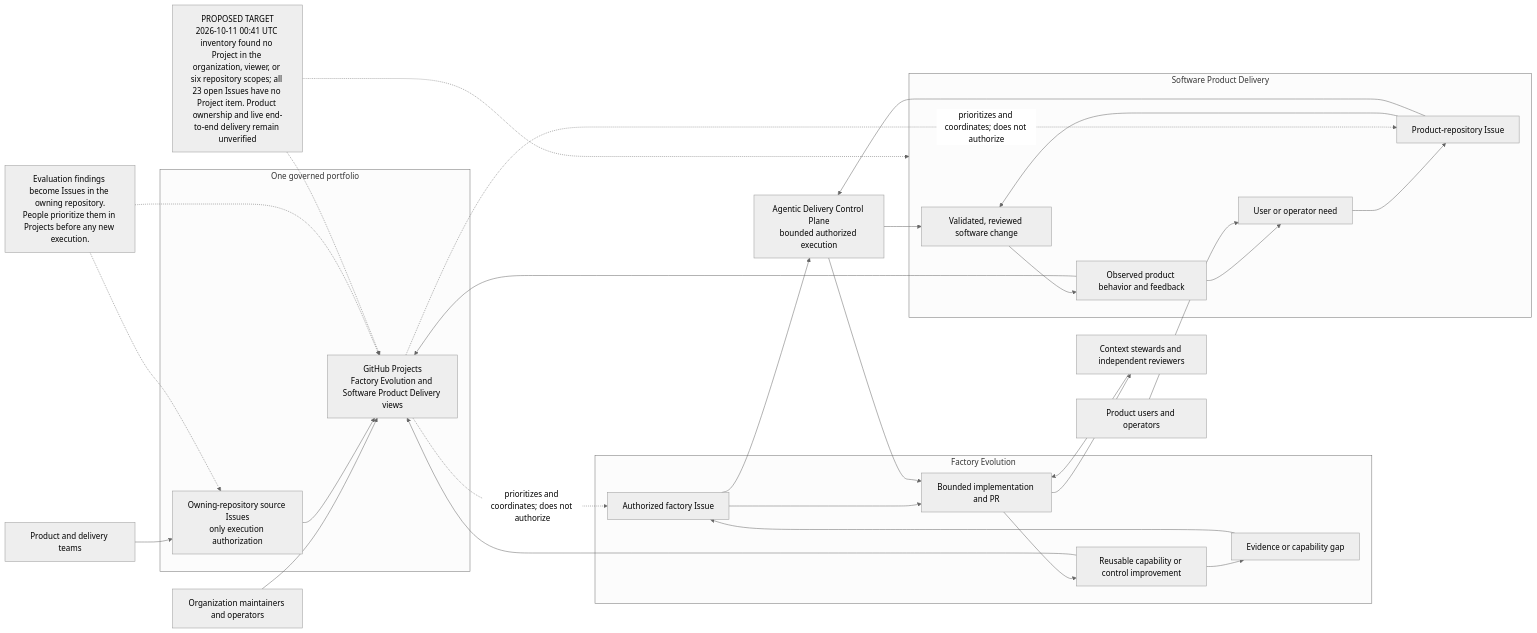
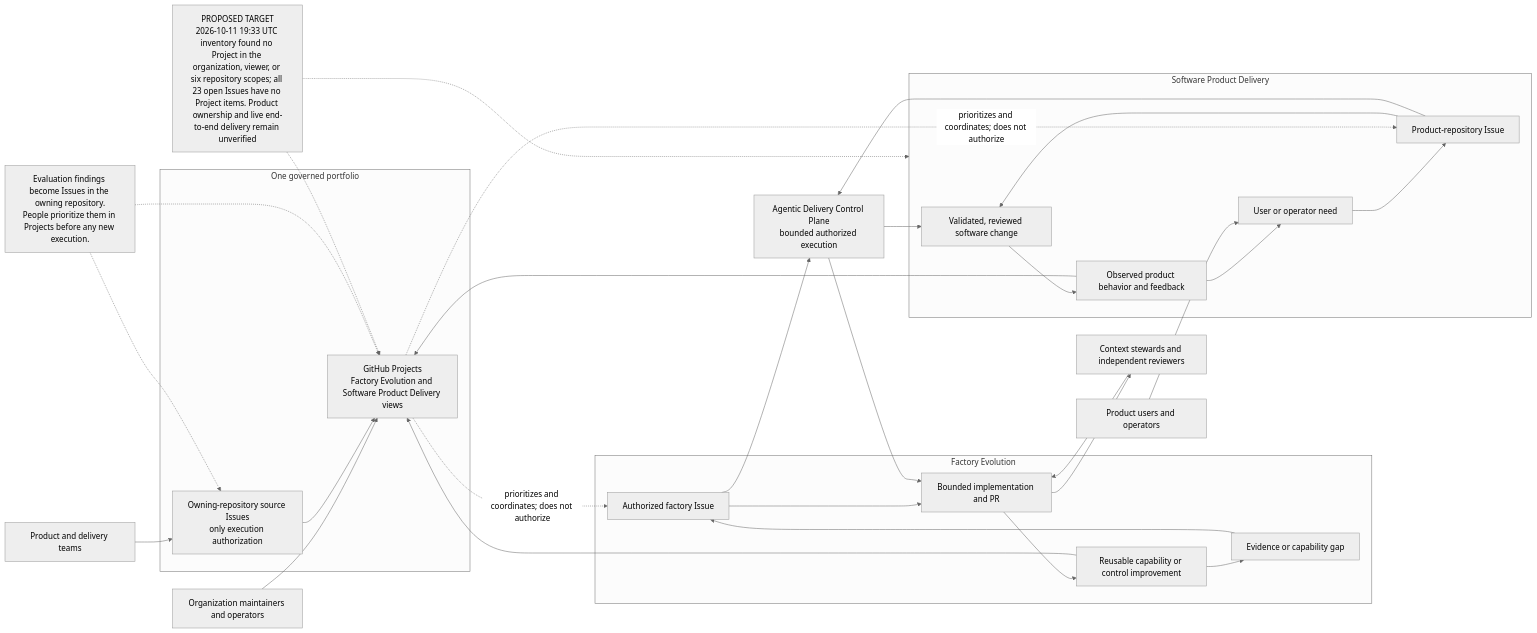
One commit to agentic-delivery-lab/agentic-delivery-architecture changed the diagram in architecture/diagrams/mermaid/strategy-value-streams.mmd. Above: the diagram before and after it, drawn with Mermaid (neutral theme). The commit also changed 16 other files, not shown here.

Commit message:
docs(architecture): refresh current portfolio evidence

```diff
--- a/architecture/diagrams/mermaid/strategy-value-streams.mmd
+++ b/architecture/diagrams/mermaid/strategy-value-streams.mmd
@@ -1,49 +1,49 @@
 flowchart LR
-  STATUS["PROPOSED TARGET<br/>2026-10-11 00:41 UTC inventory found no Project in the organization, viewer, or six repository scopes; all 23 open Issues have no Project item. Product ownership and live end-to-end delivery remain unverified"]
+  STATUS["PROPOSED TARGET<br/>2026-10-11 19:33 UTC inventory found no Project in the organization, viewer, or six repository scopes; all 23 open Issues have no Project items. Product ownership and live end-to-end delivery remain unverified"]
   MAINTAINERS["Organization maintainers and operators"]
   TEAMS["Product and delivery teams"]
   USERS["Product users and operators"]
   REVIEWERS["Context stewards and independent reviewers"]
   CONTROL["Agentic Delivery Control Plane<br/>bounded authorized execution"]
 
   subgraph PORTFOLIO["One governed portfolio"]
     PROJECT["GitHub Projects<br/>Factory Evolution and Software Product Delivery views"]
     ISSUE["Owning-repository source Issues<br/>only execution authorization"]
   end
 
   subgraph FACTORY["Factory Evolution"]
     F1["Evidence or capability gap"]
     F2["Authorized factory Issue"]
     F3["Bounded implementation and PR"]
     F4["Reusable capability or control improvement"]
     F1 --> F2 --> F3 --> F4
   end
 
   subgraph PRODUCT["Software Product Delivery"]
     P1["User or operator need"]
     P2["Product-repository Issue"]
     P3["Validated, reviewed software change"]
     P4["Observed product behavior and feedback"]
     P1 --> P2 --> P3 --> P4
   end
 
   MAINTAINERS --> PROJECT
   TEAMS --> ISSUE
   REVIEWERS --> F3
   ISSUE --> PROJECT
   PROJECT -. "prioritizes and coordinates; does not authorize" .-> F2
   PROJECT -. "prioritizes and coordinates; does not authorize" .-> P2
   F2 --> CONTROL --> F3
   P2 --> CONTROL --> P3
   F4 --> F1
   P4 --> P1
   F4 --> PROJECT
   P4 --> PROJECT
   USERS --> P1
   F3 --> REVIEWERS
 
   NOTE["Evaluation findings become Issues in the owning repository.<br/>People prioritize them in Projects before any new execution."]
   NOTE -.-> PROJECT
   NOTE -.-> ISSUE
   STATUS -.-> PROJECT
   STATUS -.-> PRODUCT
```
